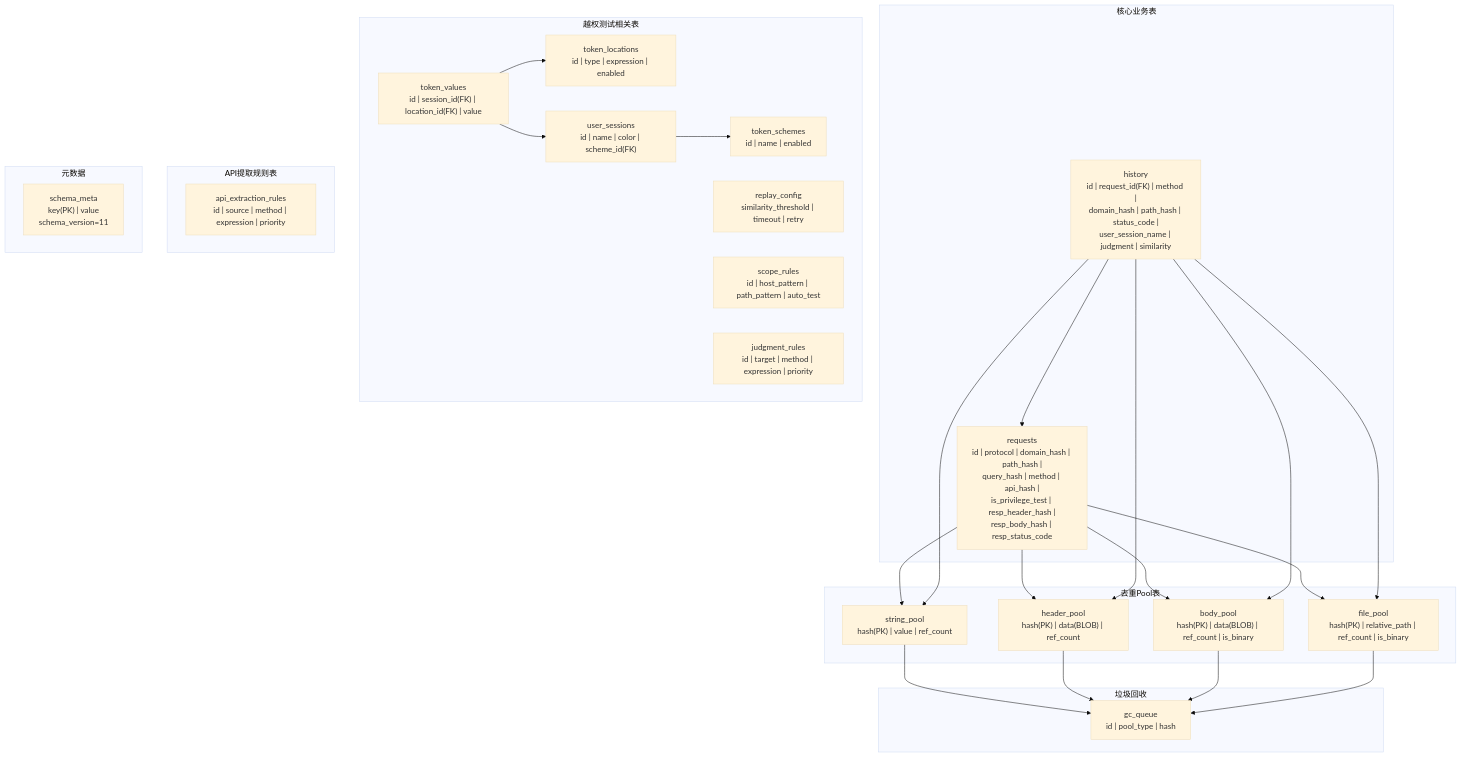
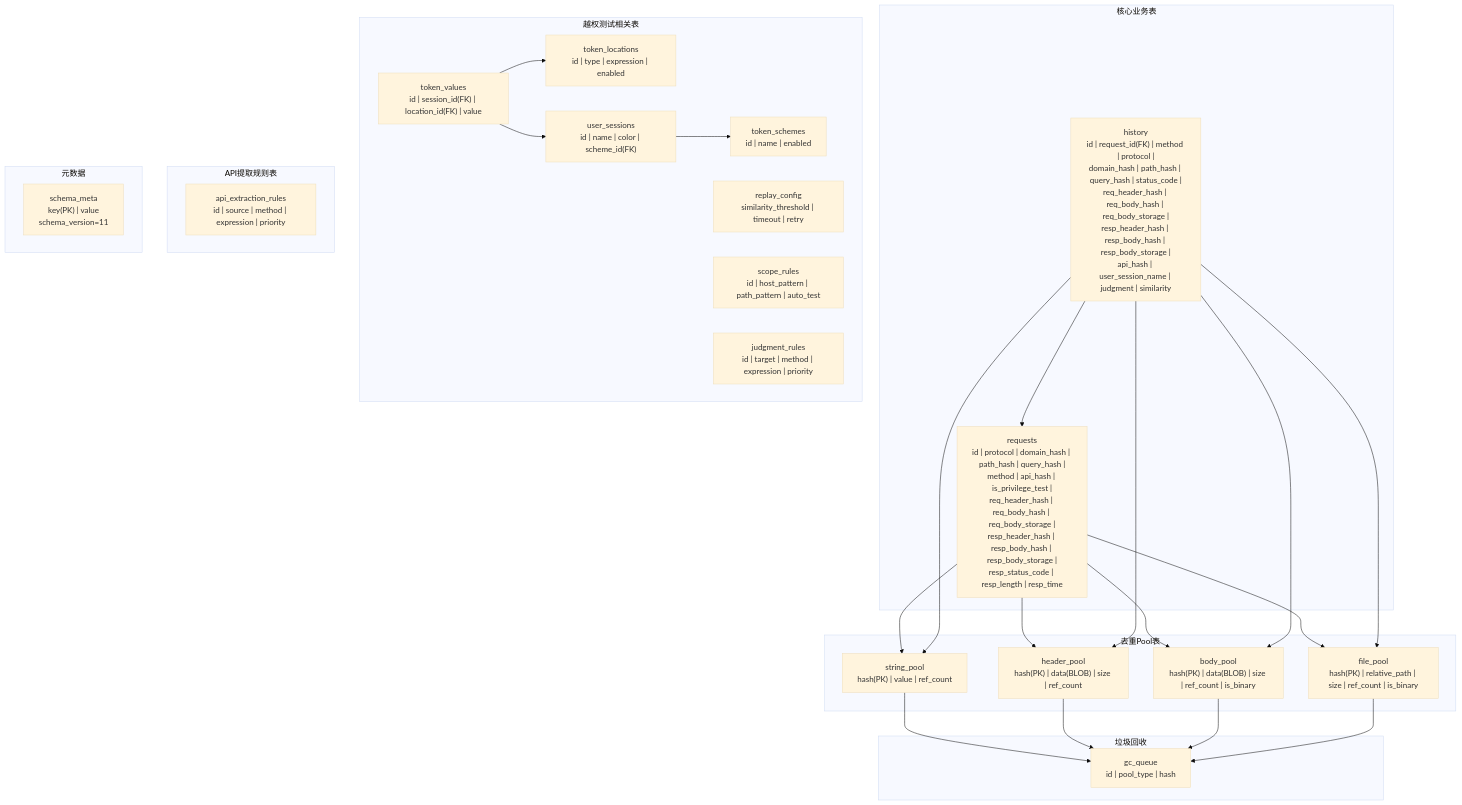
Diagram 27 of 28 in doc/data_flow_analysis.md (GitHubNull/repeaterManger), drawn with Mermaid (base theme) before and after one commit. The commit also changed other lines of this file and 2 other files, not shown here.

````diff
--- a/doc/data_flow_analysis.md
+++ b/doc/data_flow_analysis.md
@@ -1072,53 +1072,53 @@
 ```mermaid
 graph TB
     subgraph Core["核心业务表"]
-        R["requests<br/>id | protocol | domain_hash | path_hash |<br/>query_hash | method | api_hash |<br/>is_privilege_test | resp_header_hash |<br/>resp_body_hash | resp_status_code"]
-        H["history<br/>id | request_id(FK) | method |<br/>domain_hash | path_hash | status_code |<br/>user_session_name | judgment | similarity"]
+        R["requests<br/>id | protocol | domain_hash | path_hash | query_hash |<br/>method | api_hash | is_privilege_test |<br/>req_header_hash | req_body_hash | req_body_storage |<br/>resp_header_hash | resp_body_hash | resp_body_storage |<br/>resp_status_code | resp_length | resp_time"]
+        H["history<br/>id | request_id(FK) | method | protocol |<br/>domain_hash | path_hash | query_hash | status_code |<br/>req_header_hash | req_body_hash | req_body_storage |<br/>resp_header_hash | resp_body_hash | resp_body_storage |<br/>api_hash | user_session_name | judgment | similarity"]
     end
 
     subgraph Pools["去重Pool表"]
         SP["string_pool<br/>hash(PK) | value | ref_count"]
-        HP["header_pool<br/>hash(PK) | data(BLOB) | ref_count"]
-        BP["body_pool<br/>hash(PK) | data(BLOB) | ref_count | is_binary"]
-        FP["file_pool<br/>hash(PK) | relative_path | ref_count | is_binary"]
+        HP["header_pool<br/>hash(PK) | data(BLOB) | size | ref_count"]
+        BP["body_pool<br/>hash(PK) | data(BLOB) | size | ref_count | is_binary"]
+        FP["file_pool<br/>hash(PK) | relative_path | size | ref_count | is_binary"]
     end
 
     subgraph GC["垃圾回收"]
         GCQ["gc_queue<br/>id | pool_type | hash"]
     end
 
     subgraph Privilege["越权测试相关表"]
         TL["token_locations<br/>id | type | expression | enabled"]
         TS["token_schemes<br/>id | name | enabled"]
         US["user_sessions<br/>id | name | color | scheme_id(FK)"]
         TV["token_values<br/>id | session_id(FK) | location_id(FK) | value"]
         RC["replay_config<br/>similarity_threshold | timeout | retry"]
         SCOPE["scope_rules<br/>id | host_pattern | path_pattern | auto_test"]
         JR["judgment_rules<br/>id | target | method | expression | priority"]
     end
 
     subgraph API["API提取规则表"]
         AER["api_extraction_rules<br/>id | source | method | expression | priority"]
     end
 
     subgraph Meta["元数据"]
         SM["schema_meta<br/>key(PK) | value<br/>schema_version=11"]
     end
 
     R --> SP
     R --> HP
     R --> BP
     R --> FP
     H --> SP
     H --> HP
     H --> BP
     H --> FP
     H --> R
     US --> TS
     TV --> US
     TV --> TL
     SP --> GCQ
     HP --> GCQ
     BP --> GCQ
     FP --> GCQ
 ```
````
